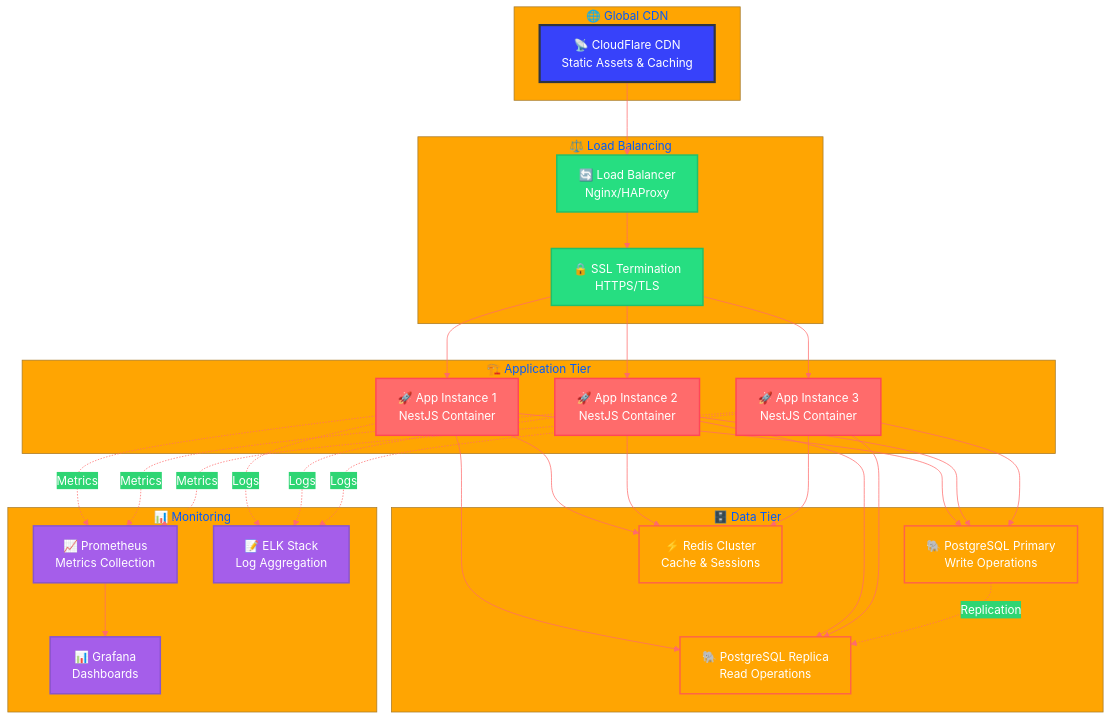
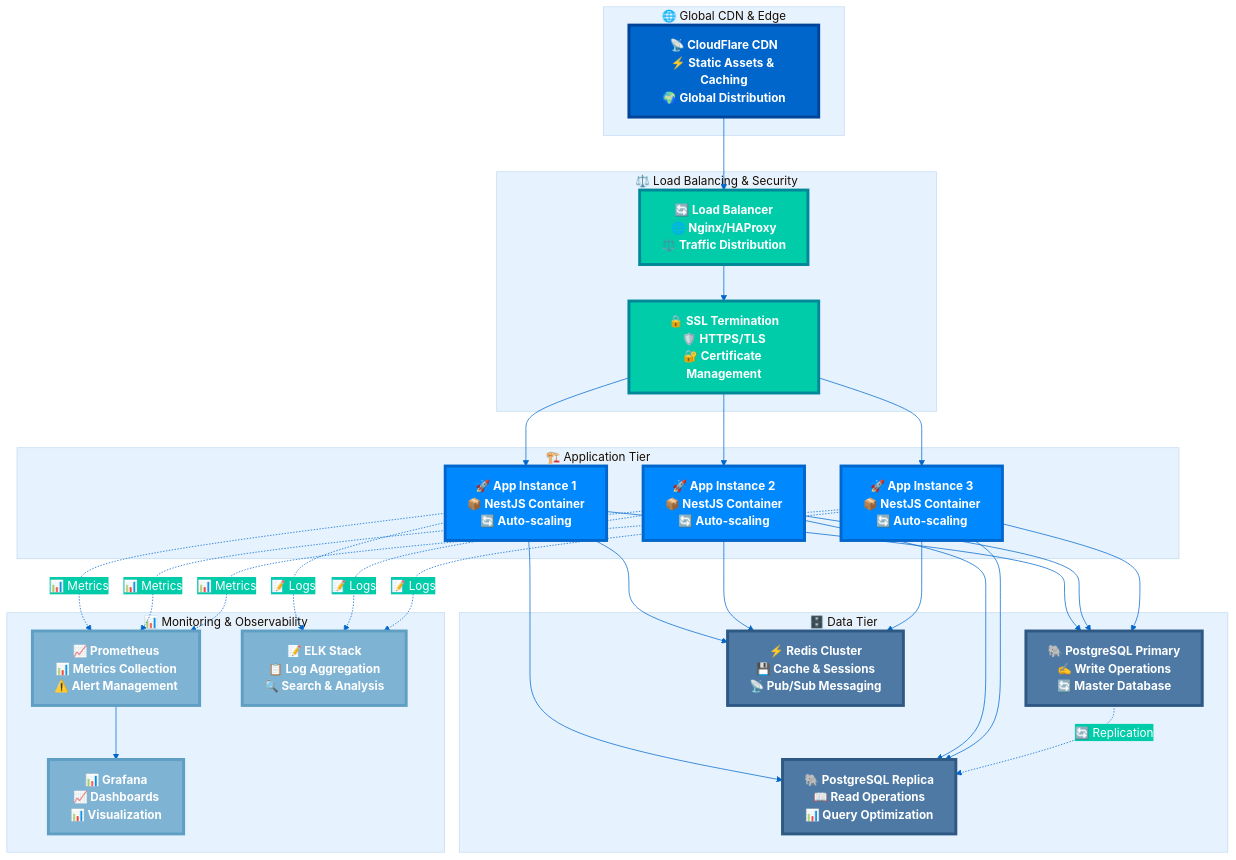
The seventh of 7 diagrams in docs/ARCHITECTURE_UPDATED.md (abdoElHodaky/transportapp), drawn with Mermaid before and after one commit. The commit also changed other lines of this file and 1 other file, not shown here.

````diff
--- a/docs/ARCHITECTURE_UPDATED.md
+++ b/docs/ARCHITECTURE_UPDATED.md
@@ -530,45 +543,45 @@
 %%{init: {
   'theme': 'base',
   'themeVariables': {
-    'primaryColor': '#3742fa',
+    'primaryColor': '#0066cc',
     'primaryTextColor': '#ffffff',
-    'primaryBorderColor': '#2f3542',
-    'lineColor': '#ff6b6b',
-    'secondaryColor': '#2ed573',
-    'tertiaryColor': '#ffa502',
-    'background': '#1e1e1e',
-    'mainBkg': '#2f3542',
-    'secondBkg': '#57606f',
-    'tertiaryBkg': '#747d8c'
+    'primaryBorderColor': '#004499',
+    'lineColor': '#0066cc',
+    'secondaryColor': '#00ccaa',
+    'tertiaryColor': '#e6f3ff',
+    'background': '#ffffff',
+    'mainBkg': '#0066cc',
+    'secondBkg': '#00ccaa',
+    'tertiaryBkg': '#e6f3ff'
   }
 }}%%
 
 graph TB
-    subgraph "🌐 Global CDN"
-        CDN[📡 CloudFlare CDN<br/>Static Assets & Caching]
+    subgraph "🌐 Global CDN & Edge"
+        CDN[📡 CloudFlare CDN<br/>⚡ Static Assets & Caching<br/>🌍 Global Distribution]
     end
     
-    subgraph "⚖️ Load Balancing"
-        LB[🔄 Load Balancer<br/>Nginx/HAProxy]
-        SSL[🔒 SSL Termination<br/>HTTPS/TLS]
+    subgraph "⚖️ Load Balancing & Security"
+        LB[🔄 Load Balancer<br/>🌐 Nginx/HAProxy<br/>⚖️ Traffic Distribution]
+        SSL[🔒 SSL Termination<br/>🛡️ HTTPS/TLS<br/>🔐 Certificate Management]
     end
     
     subgraph "🏗️ Application Tier"
-        APP1[🚀 App Instance 1<br/>NestJS Container]
-        APP2[🚀 App Instance 2<br/>NestJS Container]
-        APP3[🚀 App Instance 3<br/>NestJS Container]
+        APP1[🚀 App Instance 1<br/>📦 NestJS Container<br/>🔄 Auto-scaling]
+        APP2[🚀 App Instance 2<br/>📦 NestJS Container<br/>🔄 Auto-scaling]
+        APP3[🚀 App Instance 3<br/>📦 NestJS Container<br/>🔄 Auto-scaling]
     end
     
     subgraph "🗄️ Data Tier"
-        PG_PRIMARY[🐘 PostgreSQL Primary<br/>Write Operations]
-        PG_REPLICA[🐘 PostgreSQL Replica<br/>Read Operations]
-        REDIS_CLUSTER[⚡ Redis Cluster<br/>Cache & Sessions]
+        PG_PRIMARY[🐘 PostgreSQL Primary<br/>✍️ Write Operations<br/>🔄 Master Database]
+        PG_REPLICA[🐘 PostgreSQL Replica<br/>📖 Read Operations<br/>📊 Query Optimization]
+        REDIS_CLUSTER[⚡ Redis Cluster<br/>💾 Cache & Sessions<br/>📡 Pub/Sub Messaging]
     end
     
-    subgraph "📊 Monitoring"
-        PROMETHEUS[📈 Prometheus<br/>Metrics Collection]
-        GRAFANA[📊 Grafana<br/>Dashboards]
-        LOGS[📝 ELK Stack<br/>Log Aggregation]
+    subgraph "📊 Monitoring & Observability"
+        PROMETHEUS[📈 Prometheus<br/>📊 Metrics Collection<br/>⚠️ Alert Management]
+        GRAFANA[📊 Grafana<br/>📈 Dashboards<br/>📊 Visualization]
+        LOGS[📝 ELK Stack<br/>📋 Log Aggregation<br/>🔍 Search & Analysis]
     end
 
     %% Traffic Flow
@@ -592,29 +605,29 @@
     APP3 --> REDIS_CLUSTER
     
     %% Database Replication
-    PG_PRIMARY -.->|Replication| PG_REPLICA
+    PG_PRIMARY -.->|🔄 Replication| PG_REPLICA
     
     %% Monitoring
-    APP1 -.->|Metrics| PROMETHEUS
-    APP2 -.->|Metrics| PROMETHEUS
-    APP3 -.->|Metrics| PROMETHEUS
+    APP1 -.->|📊 Metrics| PROMETHEUS
+    APP2 -.->|📊 Metrics| PROMETHEUS
+    APP3 -.->|📊 Metrics| PROMETHEUS
     
     PROMETHEUS --> GRAFANA
     
-    APP1 -.->|Logs| LOGS
-    APP2 -.->|Logs| LOGS
-    APP3 -.->|Logs| LOGS
+    APP1 -.->|📝 Logs| LOGS
+    APP2 -.->|📝 Logs| LOGS
+    APP3 -.->|📝 Logs| LOGS
 
-    %% Styling
-    classDef cdnStyle fill:#3742fa,stroke:#2f3542,stroke-width:3px,color:#fff
-    classDef lbStyle fill:#26de81,stroke:#20bf6b,stroke-width:2px,color:#fff
-    classDef appStyle fill:#ff6b6b,stroke:#ff4757,stroke-width:2px,color:#fff
-    classDef dataStyle fill:#ffa502,stroke:#ff6348,stroke-width:2px,color:#fff
-    classDef monitorStyle fill:#a55eea,stroke:#8854d0,stroke-width:2px,color:#fff
+    %% Eye-catching Architecture Deployment Styling
+    classDef cdnEdge fill:#0066cc,stroke:#004499,stroke-width:4px,color:#ffffff,font-weight:bold
+    classDef loadBalancing fill:#00ccaa,stroke:#008899,stroke-width:4px,color:#ffffff,font-weight:bold
+    classDef applicationTier fill:#0088ff,stroke:#0066cc,stroke-width:4px,color:#ffffff,font-weight:bold
+    classDef dataTier fill:#4d79a4,stroke:#2e5984,stroke-width:4px,color:#ffffff,font-weight:bold
+    classDef monitoringTier fill:#7fb3d3,stroke:#5f9fc3,stroke-width:4px,color:#ffffff,font-weight:bold
 
-    class CDN cdnStyle
-    class LB,SSL lbStyle
-    class APP1,APP2,APP3 appStyle
-    class PG_PRIMARY,PG_REPLICA,REDIS_CLUSTER dataStyle
-    class PROMETHEUS,GRAFANA,LOGS monitorStyle
+    class CDN cdnEdge
+    class LB,SSL loadBalancing
+    class APP1,APP2,APP3 applicationTier
+    class PG_PRIMARY,PG_REPLICA,REDIS_CLUSTER dataTier
+    class PROMETHEUS,GRAFANA,LOGS monitoringTier
 ```
````
